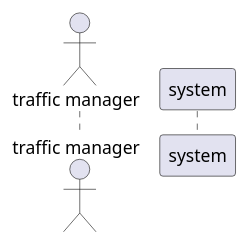
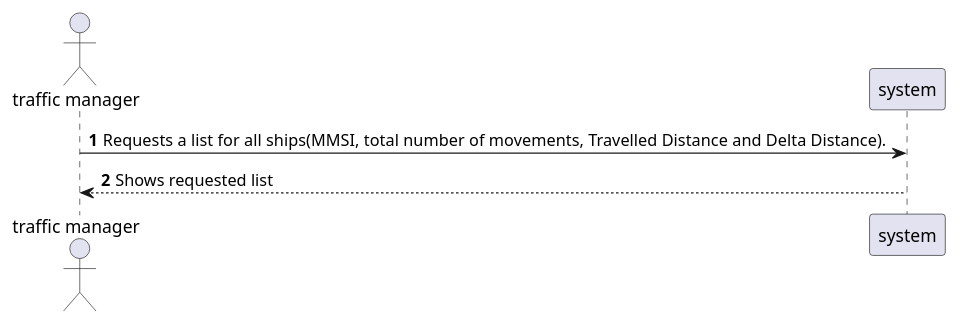
Before and after one commit to mpoboas/lapr3-2021-g102: the diagram in docs/Sprint1/US105/SSD.puml, drawn with PlantUML. The commit also changed 3 other files, not shown here.

```diff
--- a/docs/Sprint1/US105/SSD.puml
+++ b/docs/Sprint1/US105/SSD.puml
@@ -1,5 +1,7 @@
 @startuml
 actor "traffic manager" as actor
 participant system as sys
-
+autonumber
+actor -> sys : Requests  a list for all ships(MMSI, total number of movements, Travelled Distance and Delta Distance).
+sys --> actor : Shows requested list
 @enduml
```
